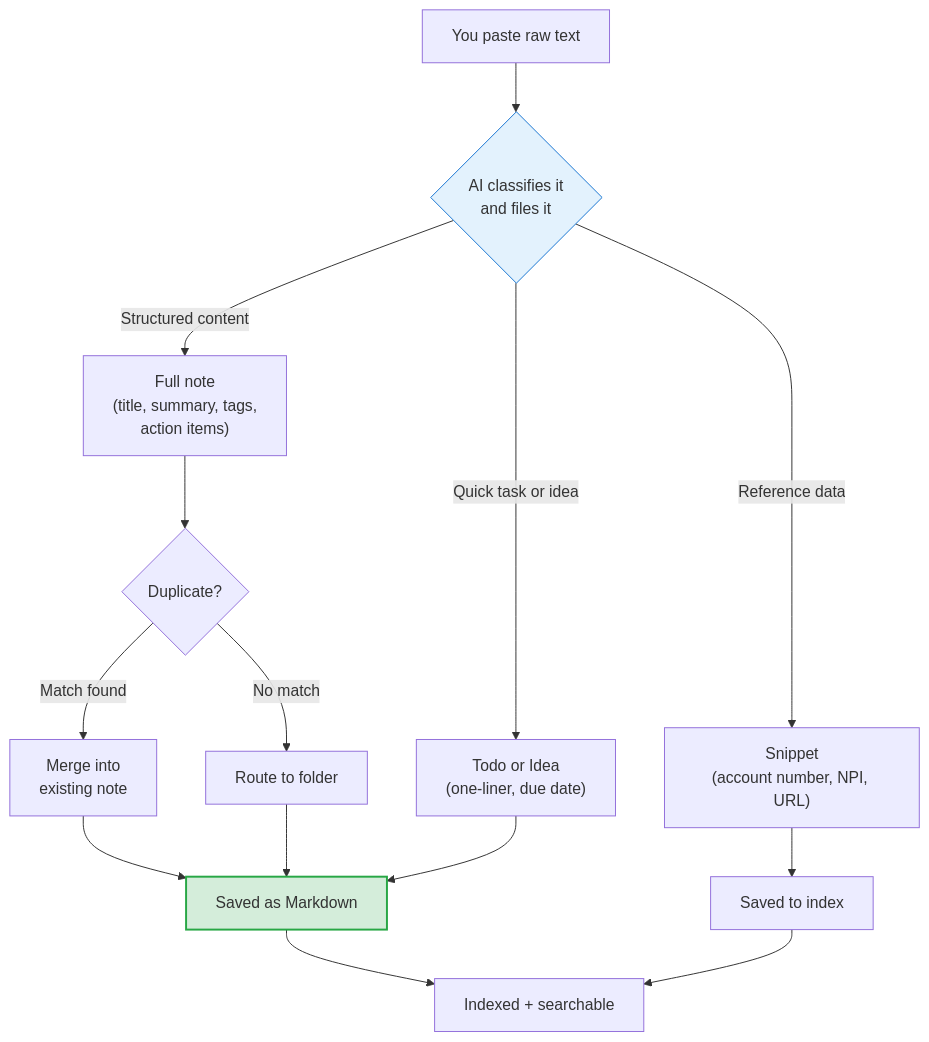
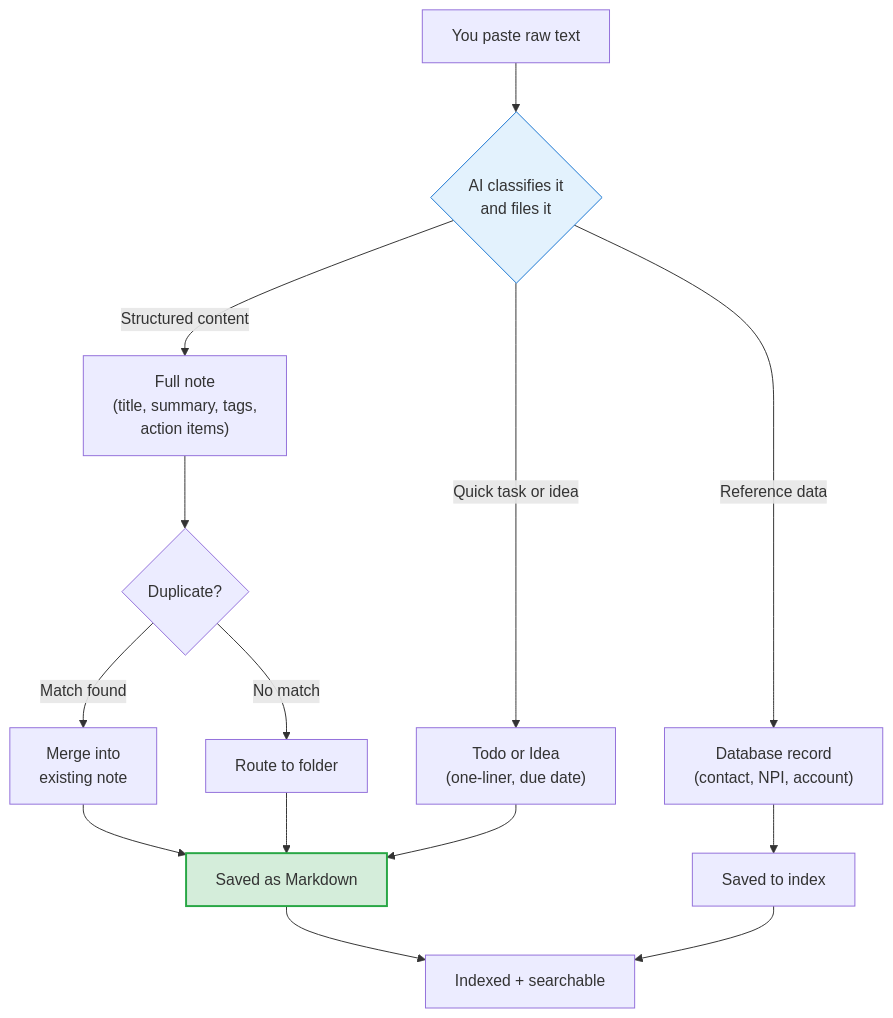
Before and after one commit to chloeliu/notely: the first of 2 diagrams in README.md, drawn with Mermaid. The commit also changed other lines of this file and 30 other files, not shown here.

First line of the commit message:
v0.2.0: Unified database system, inline record extraction, schema cleanup

````diff
--- a/README.md
+++ b/README.md
@@ -152,19 +152,19 @@
 ```mermaid
 flowchart TD
     A["You paste raw text"] --> B{"AI classifies it<br/>and files it"}
     B -->|"Structured content"| C["Full note<br/>(title, summary, tags,<br/>action items)"]
     B -->|"Quick task or idea"| D["Todo or Idea<br/>(one-liner, due date)"]
-    B -->|"Reference data"| E["Snippet<br/>(account number, NPI, URL)"]
+    B -->|"Reference data"| E["Database record<br/>(contact, NPI, account)"]
     C --> F{"Duplicate?"}
     F -->|"Match found"| G["Merge into<br/>existing note"]
     F -->|"No match"| H["Route to folder"]
     G --> I["Saved as Markdown"]
     H --> I
     D --> I
     E --> J["Saved to index"]
     I --> K["Indexed + searchable"]
     J --> K
 
     style B fill:#e3f2fd,stroke:#1976d2
     style I fill:#d4edda,stroke:#28a745,stroke-width:2px
 ```
````
